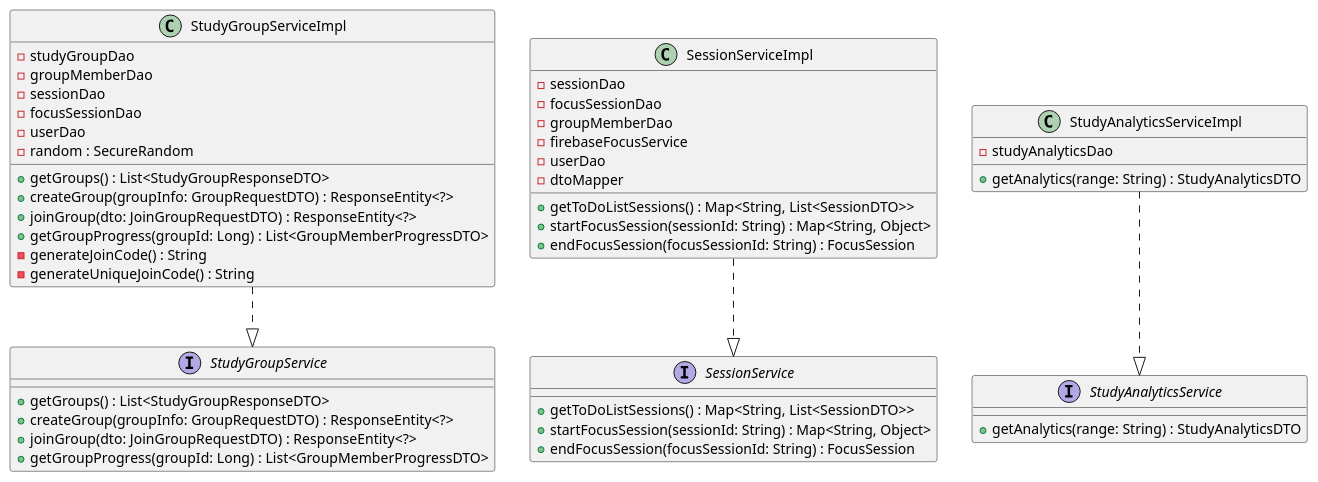
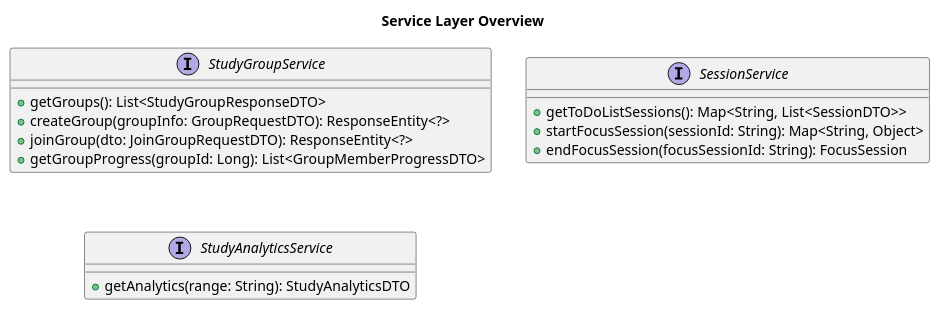
One commit to keerati5003/PlanMate-Diagram changed the diagram in p2/service.puml. Above: the diagram before and after it, drawn with PlantUML. The commit also changed 3 other files, not shown here.

```diff
--- a/p2/service.puml
+++ b/p2/service.puml
@@ -1,59 +1,21 @@
 @startuml
+title Service Layer Overview
 
 interface StudyGroupService {
-    + getGroups() : List<StudyGroupResponseDTO>
-    + createGroup(groupInfo: GroupRequestDTO) : ResponseEntity<?>
-    + joinGroup(dto: JoinGroupRequestDTO) : ResponseEntity<?>
-    + getGroupProgress(groupId: Long) : List<GroupMemberProgressDTO>
+    + getGroups(): List<StudyGroupResponseDTO>
+    + createGroup(groupInfo: GroupRequestDTO): ResponseEntity<?>
+    + joinGroup(dto: JoinGroupRequestDTO): ResponseEntity<?>
+    + getGroupProgress(groupId: Long): List<GroupMemberProgressDTO>
 }
 
 interface SessionService {
-    + getToDoListSessions() : Map<String, List<SessionDTO>>
-    + startFocusSession(sessionId: String) : Map<String, Object>
-    + endFocusSession(focusSessionId: String) : FocusSession
+    + getToDoListSessions(): Map<String, List<SessionDTO>>
+    + startFocusSession(sessionId: String): Map<String, Object>
+    + endFocusSession(focusSessionId: String): FocusSession
 }
 
 interface StudyAnalyticsService {
-    + getAnalytics(range: String) : StudyAnalyticsDTO
+    + getAnalytics(range: String): StudyAnalyticsDTO
 }
 
-class StudyGroupServiceImpl {
-    - studyGroupDao
-    - groupMemberDao
-    - sessionDao
-    - focusSessionDao
-    - userDao
-    - random : SecureRandom
-
-    + getGroups() : List<StudyGroupResponseDTO>
-    + createGroup(groupInfo: GroupRequestDTO) : ResponseEntity<?>
-    + joinGroup(dto: JoinGroupRequestDTO) : ResponseEntity<?>
-    + getGroupProgress(groupId: Long) : List<GroupMemberProgressDTO>
-    - generateJoinCode() : String
-    - generateUniqueJoinCode() : String
-}
-
-class SessionServiceImpl {
-    - sessionDao
-    - focusSessionDao
-    - groupMemberDao
-    - firebaseFocusService
-    - userDao
-    - dtoMapper
-
-    + getToDoListSessions() : Map<String, List<SessionDTO>>
-    + startFocusSession(sessionId: String) : Map<String, Object>
-    + endFocusSession(focusSessionId: String) : FocusSession
-}
-
-class StudyAnalyticsServiceImpl {
-    - studyAnalyticsDao
-
-    + getAnalytics(range: String) : StudyAnalyticsDTO
-}
-
-StudyGroupServiceImpl ..|> StudyGroupService
-SessionServiceImpl ..|> SessionService
-StudyAnalyticsServiceImpl ..|> StudyAnalyticsService
-
 @enduml
```
